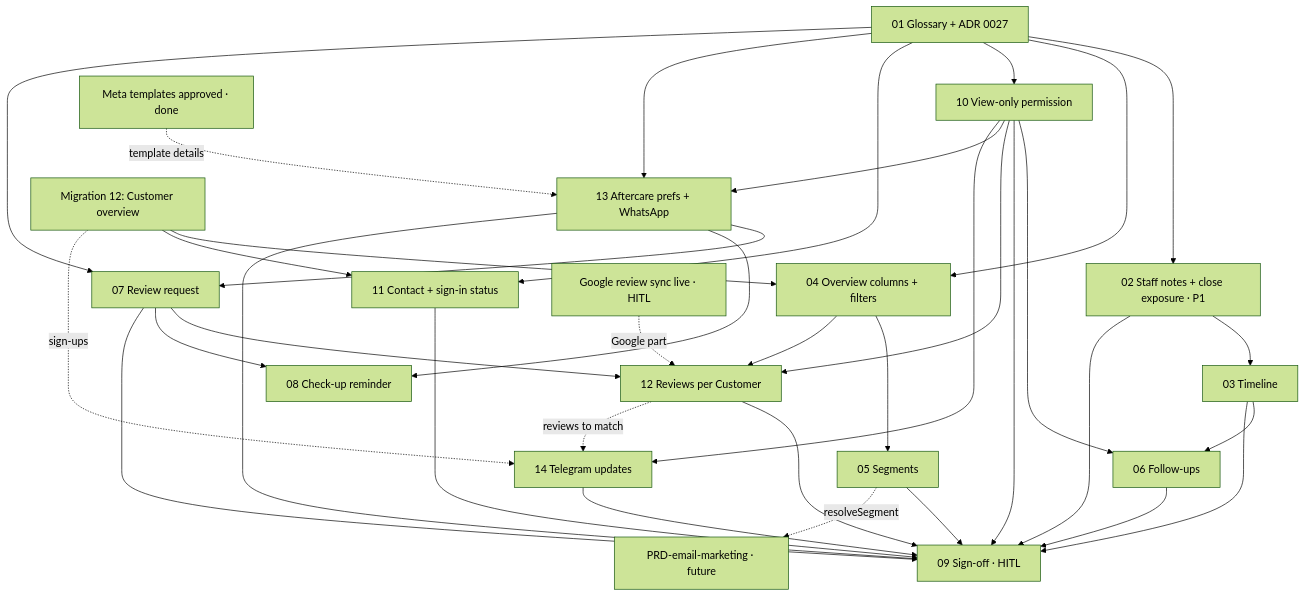
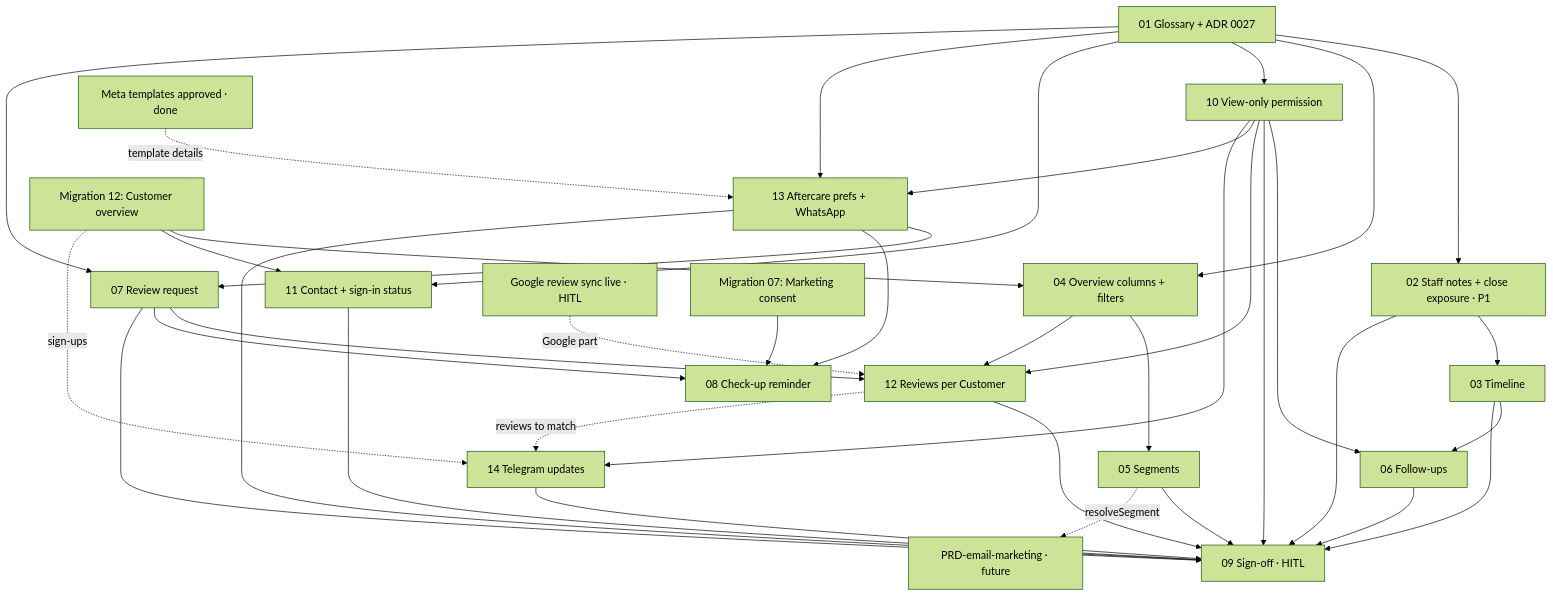
Before and after one commit to ivanyeors/mp: the diagram in .claude/PRD-customer-crm/issues/README.md, drawn with Mermaid (forest theme). The commit also changed other lines of this file and 27 other files, not shown here.

First line of the commit message:
PRD migration + CRM: audit against main, WhatsApp templates, consent

````diff
--- a/.claude/PRD-customer-crm/issues/README.md
+++ b/.claude/PRD-customer-crm/issues/README.md
@@ -34,57 +34,59 @@
 ```mermaid
 graph TD
   s01[01 Glossary + ADR 0027]
   s02[02 Staff notes + close exposure · P1]
   s03[03 Timeline]
   s04[04 Overview columns + filters]
   s05[05 Segments]
   s06[06 Follow-ups]
   s07[07 Review request]
   s08[08 Check-up reminder]
   s09[09 Sign-off · HITL]
   s10[10 View-only permission]
   s11[11 Contact + sign-in status]
   s12[12 Reviews per Customer]
   gr[Google review sync live · HITL]
   s13[13 Aftercare prefs + WhatsApp]
   s14[14 Telegram updates]
   meta[Meta templates approved · done]
   m12[Migration 12: Customer overview]
   em[PRD-email-marketing · future]
 
   s01 --> s02
   s02 --> s03
   s01 --> s04
   m12 --> s04
+  m07[Migration 07: Marketing consent]
+  m07 --> s08
   s04 --> s05
   s03 --> s06
   s01 --> s10
   s10 --> s06
   s01 --> s11
   m12 --> s11
   s10 --> s09
   s11 --> s09
   s04 --> s12
   s07 --> s12
   s10 --> s12
   gr -. Google part .-> s12
   s12 --> s09
   s01 --> s13
   s10 --> s13
   s13 --> s07
   s13 --> s08
   meta -. template details .-> s13
   s10 --> s14
   s12 -. reviews to match .-> s14
   m12 -. sign-ups .-> s14
   s13 --> s09
   s14 --> s09
   s01 --> s07
   s07 --> s08
   s02 --> s09
   s03 --> s09
   s05 --> s09
   s06 --> s09
   s07 --> s09
   s05 -. resolveSegment .-> em
 ```
````
